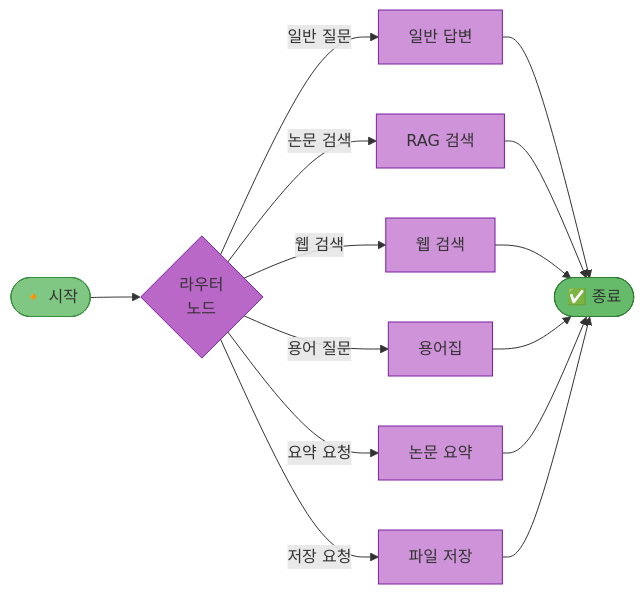
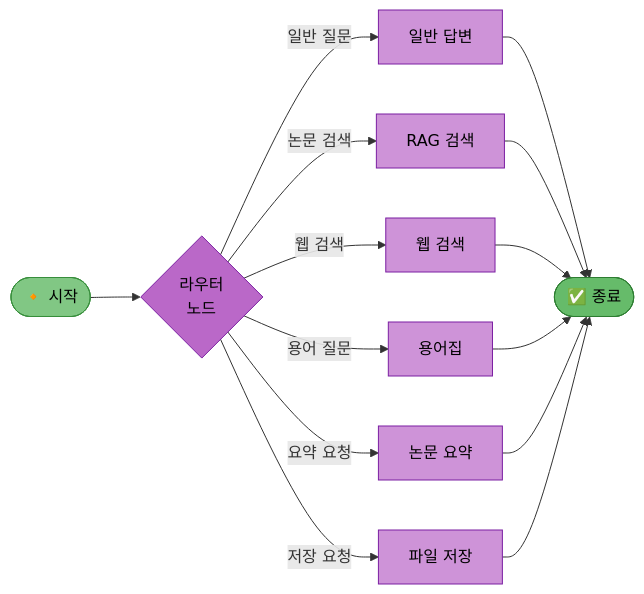
One commit to woghd8503/langchainproject-new-langchainproject_5 changed the first of 3 diagrams in docs/roles/담당역할_01_최현화_AI_Agent_메인.md. Above: the diagram before and after it, drawn with Mermaid. The commit also changed other lines of this file and 3 other files, not shown here.

First line of the commit message:
docs: 역할 문서의 mermaid 다이어그램 텍스트 색상을 검정으로 통일

````diff
--- a/docs/roles/담당역할_01_최현화_AI_Agent_메인.md
+++ b/docs/roles/담당역할_01_최현화_AI_Agent_메인.md
@@ -292,28 +308,28 @@
 ```mermaid
 graph LR
     START([🔸 시작]) --> Router{라우터<br/>노드}
 
     Router -->|일반 질문| General[일반 답변]
     Router -->|논문 검색| RAG[RAG 검색]
     Router -->|웹 검색| Web[웹 검색]
     Router -->|용어 질문| Glossary[용어집]
     Router -->|요약 요청| Summarize[논문 요약]
     Router -->|저장 요청| Save[파일 저장]
 
     General --> END([✅ 종료])
     RAG --> END
     Web --> END
     Glossary --> END
     Summarize --> END
     Save --> END
 
-    style START fill:#81c784,stroke:#388e3c
-    style END fill:#66bb6a,stroke:#2e7d32
-    style Router fill:#ba68c8,stroke:#7b1fa2
-    style General fill:#ce93d8,stroke:#7b1fa2
-    style RAG fill:#ce93d8,stroke:#7b1fa2
-    style Web fill:#ce93d8,stroke:#7b1fa2
-    style Glossary fill:#ce93d8,stroke:#7b1fa2
-    style Summarize fill:#ce93d8,stroke:#7b1fa2
-    style Save fill:#ce93d8,stroke:#7b1fa2
+    style START fill:#81c784,stroke:#388e3c,color:#000
+    style END fill:#66bb6a,stroke:#2e7d32,color:#000
+    style Router fill:#ba68c8,stroke:#7b1fa2,color:#000
+    style General fill:#ce93d8,stroke:#7b1fa2,color:#000
+    style RAG fill:#ce93d8,stroke:#7b1fa2,color:#000
+    style Web fill:#ce93d8,stroke:#7b1fa2,color:#000
+    style Glossary fill:#ce93d8,stroke:#7b1fa2,color:#000
+    style Summarize fill:#ce93d8,stroke:#7b1fa2,color:#000
+    style Save fill:#ce93d8,stroke:#7b1fa2,color:#000
 ```
````
